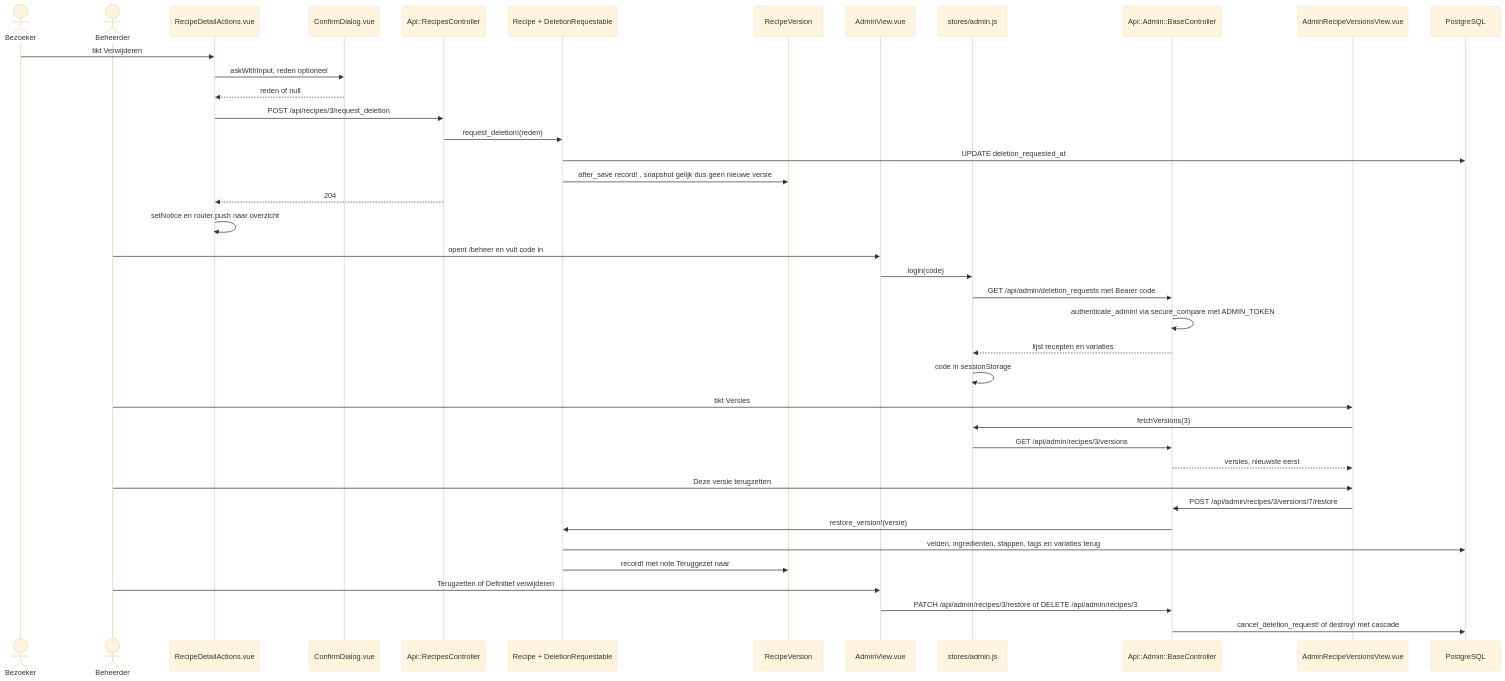
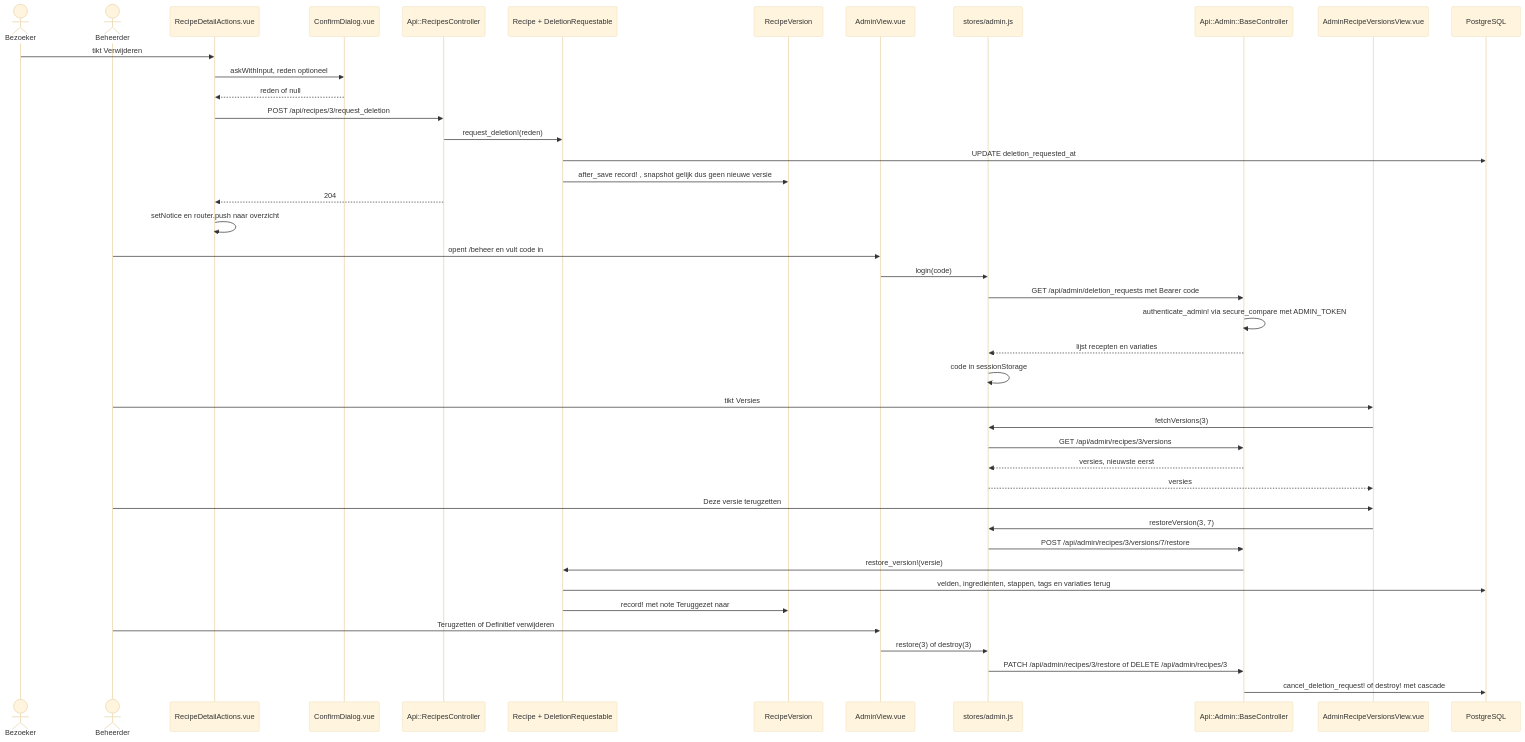
Before and after one commit to lobkest/receptenapp: the seventh of 7 diagrams in docs/code_overzicht.md, drawn with Mermaid (base theme). The commit also changed other lines of this file and 1 other file, not shown here.

````diff
--- a/docs/code_overzicht.md
+++ b/docs/code_overzicht.md
@@ -370,44 +403,47 @@
 ```mermaid
 sequenceDiagram
   actor U as Bezoeker
   actor A as Beheerder
   participant DV as RecipeDetailActions.vue
   participant CD as ConfirmDialog.vue
   participant RC as Api::RecipesController
   participant R as Recipe + DeletionRequestable
   participant V as RecipeVersion
   participant AV as AdminView.vue
   participant AS as stores/admin.js
   participant AB as Api::Admin::BaseController
   participant VV as AdminRecipeVersionsView.vue
   participant DB as PostgreSQL
 
   U->>DV: tikt Verwijderen
   DV->>CD: askWithInput, reden optioneel
   CD-->>DV: reden of null
   DV->>RC: POST /api/recipes/3/request_deletion
   RC->>R: request_deletion!(reden)
   R->>DB: UPDATE deletion_requested_at
   R->>V: after_save record! , snapshot gelijk dus geen nieuwe versie
   RC-->>DV: 204
   DV->>DV: setNotice en router.push naar overzicht
 
   A->>AV: opent /beheer en vult code in
   AV->>AS: login(code)
   AS->>AB: GET /api/admin/deletion_requests met Bearer code
   AB->>AB: authenticate_admin! via secure_compare met ADMIN_TOKEN
   AB-->>AS: lijst recepten en variaties
   AS->>AS: code in sessionStorage
   A->>VV: tikt Versies
   VV->>AS: fetchVersions(3)
   AS->>AB: GET /api/admin/recipes/3/versions
-  AB-->>VV: versies, nieuwste eerst
+  AB-->>AS: versies, nieuwste eerst
+  AS-->>VV: versies
   A->>VV: Deze versie terugzetten
-  VV->>AB: POST /api/admin/recipes/3/versions/7/restore
+  VV->>AS: restoreVersion(3, 7)
+  AS->>AB: POST /api/admin/recipes/3/versions/7/restore
   AB->>R: restore_version!(versie)
   R->>DB: velden, ingredienten, stappen, tags en variaties terug
   R->>V: record! met note Teruggezet naar
   A->>AV: Terugzetten of Definitief verwijderen
-  AV->>AB: PATCH /api/admin/recipes/3/restore of DELETE /api/admin/recipes/3
+  AV->>AS: restore(3) of destroy(3)
+  AS->>AB: PATCH /api/admin/recipes/3/restore of DELETE /api/admin/recipes/3
   AB->>DB: cancel_deletion_request! of destroy! met cascade
 ```
````
